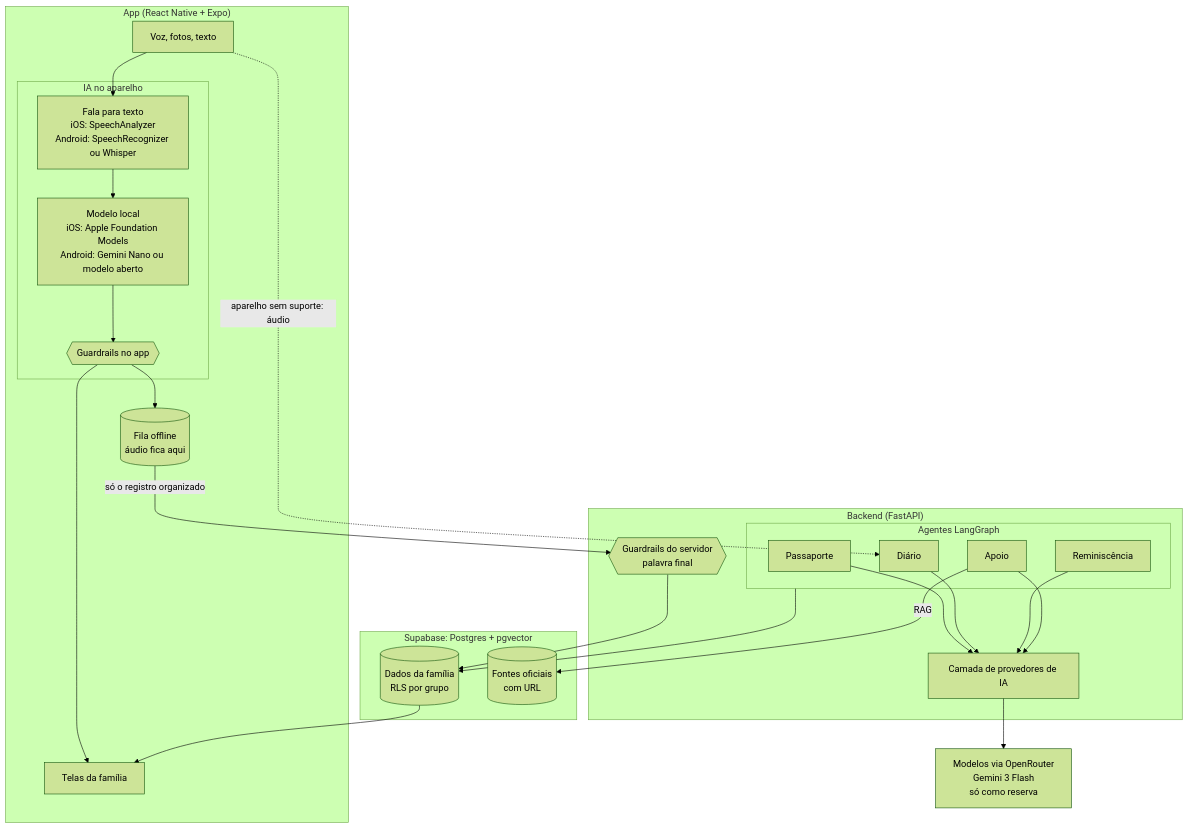
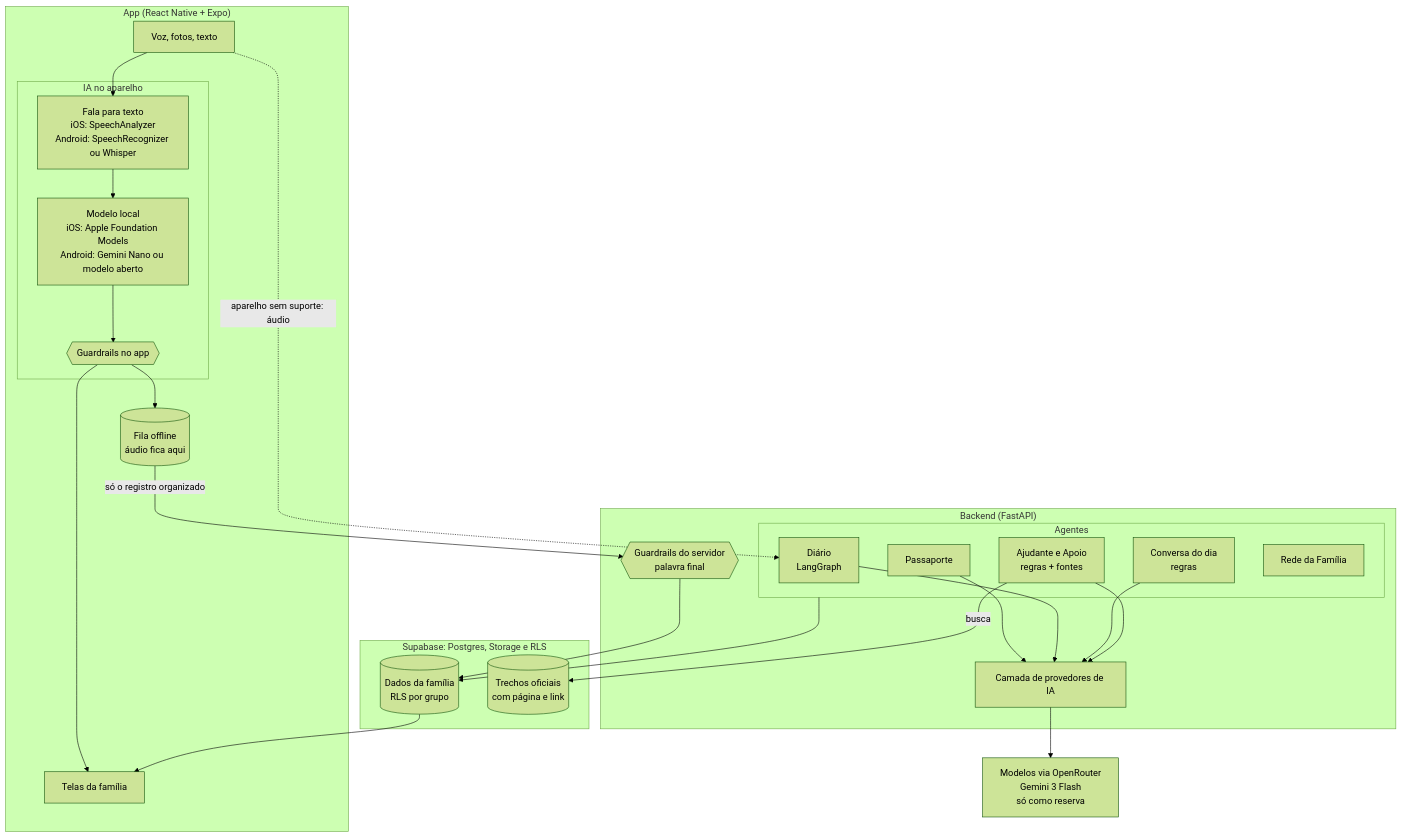
Before and after one commit to LucasArais/SempreAqui: the diagram in README.md, drawn with Mermaid (forest theme). The commit also changed other lines of this file and 49 other files, not shown here.

````diff
--- a/README.md
+++ b/README.md
@@ -105,41 +120,42 @@
 ```mermaid
 flowchart TB
     subgraph Celular["App (React Native + Expo)"]
         V[Voz, fotos, texto]
         subgraph Local["IA no aparelho"]
             ST[Fala para texto<br/>iOS: SpeechAnalyzer<br/>Android: SpeechRecognizer ou Whisper]
             LM[Modelo local<br/>iOS: Apple Foundation Models<br/>Android: Gemini Nano ou modelo aberto]
             GL{{Guardrails no app}}
         end
         Q[(Fila offline<br/>áudio fica aqui)]
         T[Telas da família]
     end
 
     subgraph API["Backend (FastAPI)"]
         G{{Guardrails do servidor<br/>palavra final}}
-        subgraph Agentes["Agentes LangGraph"]
+        subgraph Agentes["Agentes"]
+            D[Diário<br/>LangGraph]
             P[Passaporte]
-            D[Diário]
-            R[Reminiscência]
-            A[Apoio]
+            R[Conversa do dia<br/>regras]
+            A[Ajudante e Apoio<br/>regras + fontes]
+            RF[Rede da Família]
         end
         L[Camada de provedores de IA]
     end
 
-    subgraph Dados["Supabase: Postgres + pgvector"]
+    subgraph Dados["Supabase: Postgres, Storage e RLS"]
         F[(Dados da família<br/>RLS por grupo)]
-        E[(Fontes oficiais<br/>com URL)]
+        E[(Trechos oficiais<br/>com página e link)]
     end
 
     M[Modelos via OpenRouter<br/>Gemini 3 Flash<br/>só como reserva]
 
     V --> ST --> LM --> GL --> Q
     GL --> T
     Q -- "só o registro organizado" --> G
     V -. "aparelho sem suporte: áudio" .-> D
     P & D & R & A --> L --> M
-    A -- RAG --> E
+    A -- busca --> E
     G --> F
     Agentes --> F
     F --> T
 ```
````
